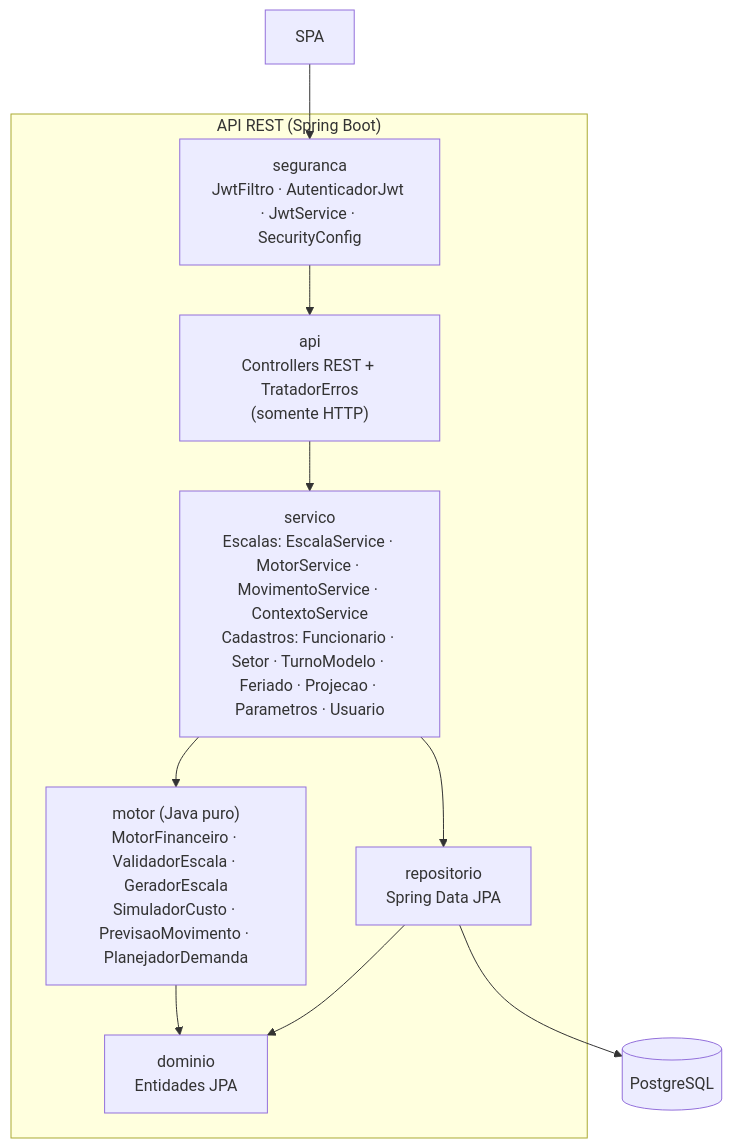
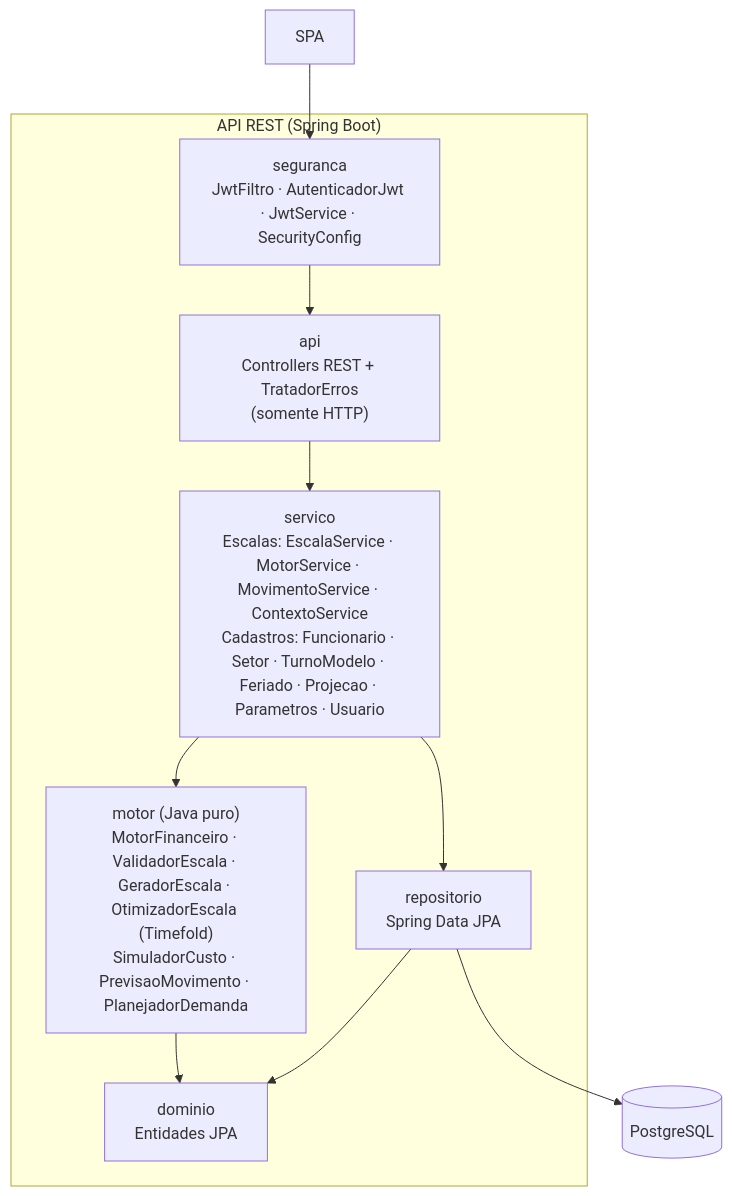
The third of 4 diagrams in docs/arquitetura.md (GabrielCoelhom12/TCC-MERCADO-COELHO), drawn with Mermaid before and after one commit. The commit also changed other lines of this file and 3 other files, not shown here.

````diff
--- a/docs/arquitetura.md
+++ b/docs/arquitetura.md
@@ -45,23 +45,23 @@
 ```mermaid
 flowchart TB
     spa["SPA"]
 
     subgraph api["API REST (Spring Boot)"]
         seg["seguranca<br/>JwtFiltro · AutenticadorJwt · JwtService · SecurityConfig"]
         ctrl["api<br/>Controllers REST + TratadorErros<br/>(somente HTTP)"]
         serv["servico<br/>Escalas: EscalaService · MotorService · MovimentoService · ContextoService<br/>Cadastros: Funcionario · Setor · TurnoModelo · Feriado · Projecao · Parametros · Usuario"]
-        motor["motor (Java puro)<br/>MotorFinanceiro · ValidadorEscala · GeradorEscala<br/>SimuladorCusto · PrevisaoMovimento · PlanejadorDemanda"]
+        motor["motor (Java puro)<br/>MotorFinanceiro · ValidadorEscala · GeradorEscala · OtimizadorEscala (Timefold)<br/>SimuladorCusto · PrevisaoMovimento · PlanejadorDemanda"]
         repo["repositorio<br/>Spring Data JPA"]
         dom["dominio<br/>Entidades JPA"]
     end
 
     db[("PostgreSQL")]
 
     spa --> seg --> ctrl
     ctrl --> serv
     serv --> motor
     serv --> repo
     motor --> dom
     repo --> dom
     repo --> db
 ```
````
